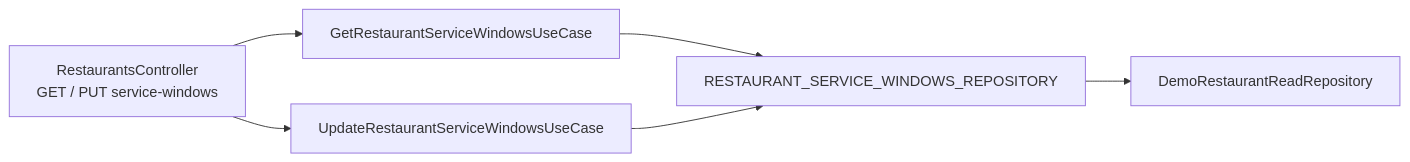
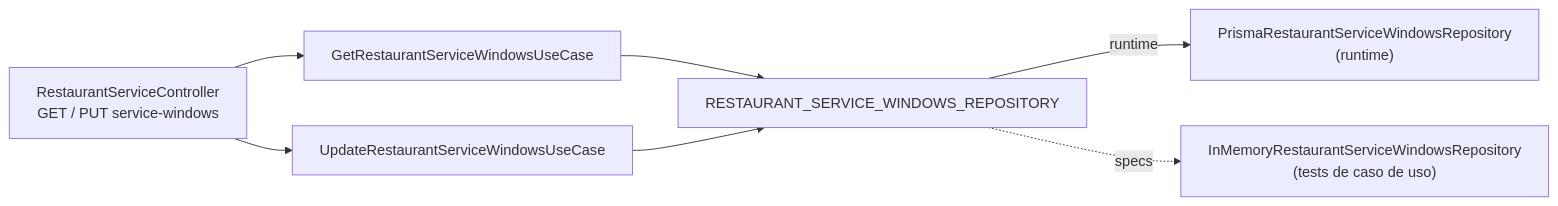
One commit to Programito/fullstack-architecture-lab changed the first of 4 diagrams in backend/docs/service-windows-api.md. Above: the diagram before and after it, drawn with Mermaid. The commit also changed other lines of this file and 54 other files, not shown here.

````diff
--- a/backend/docs/service-windows-api.md
+++ b/backend/docs/service-windows-api.md
@@ -17,14 +17,16 @@
 ```mermaid
 flowchart LR
-  Controller["RestaurantsController\nGET / PUT service-windows"]
+  Controller["RestaurantServiceController\nGET / PUT service-windows"]
   GetUC["GetRestaurantServiceWindowsUseCase"]
   UpdateUC["UpdateRestaurantServiceWindowsUseCase"]
   Port["RESTAURANT_SERVICE_WINDOWS_REPOSITORY"]
-  Demo["DemoRestaurantReadRepository"]
+  Prisma["PrismaRestaurantServiceWindowsRepository\n(runtime)"]
+  InMemory["InMemoryRestaurantServiceWindowsRepository\n(tests de caso de uso)"]
 
   Controller --> GetUC
   Controller --> UpdateUC
   GetUC --> Port
   UpdateUC --> Port
-  Port --> Demo
+  Port -->|runtime| Prisma
+  Port -.->|specs| InMemory
 ```
````
